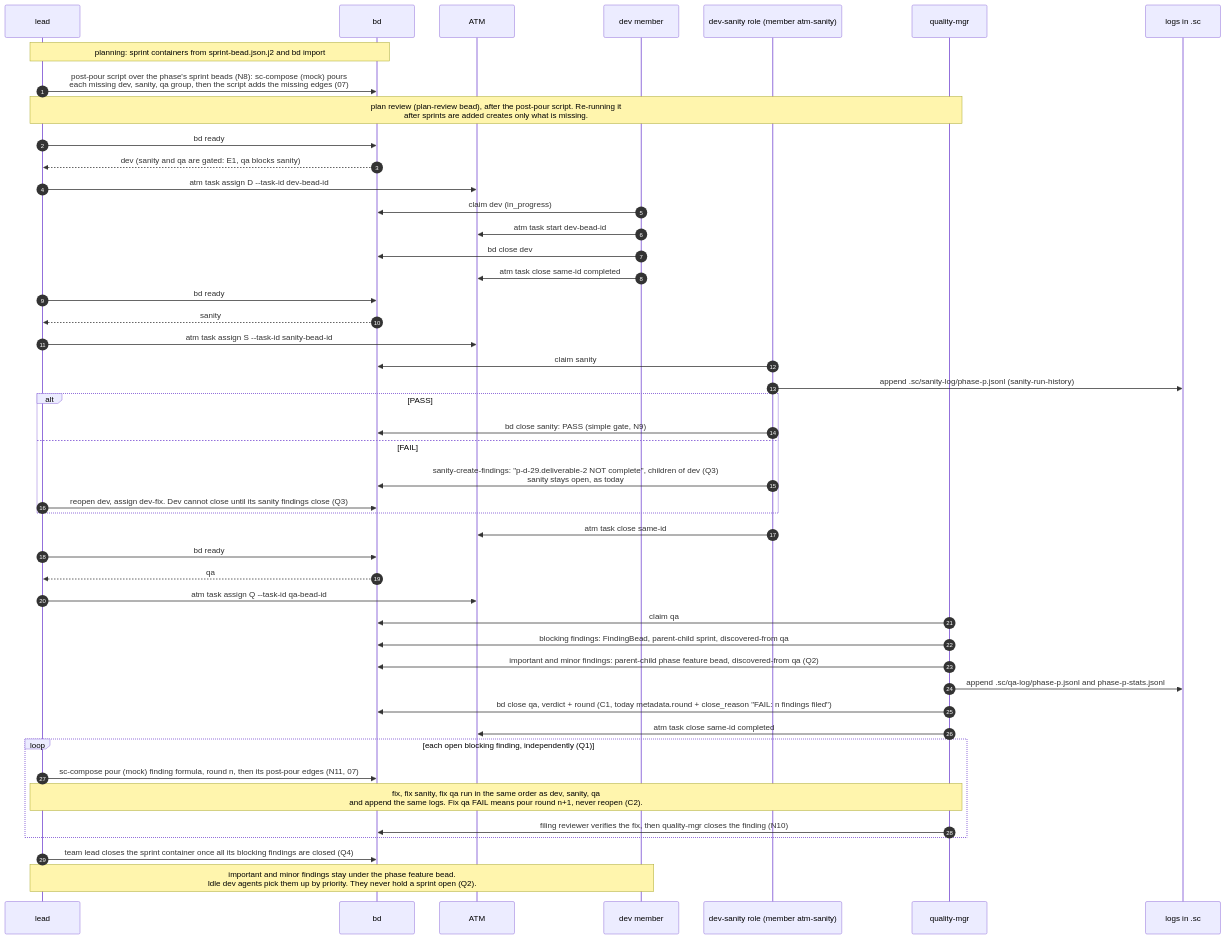
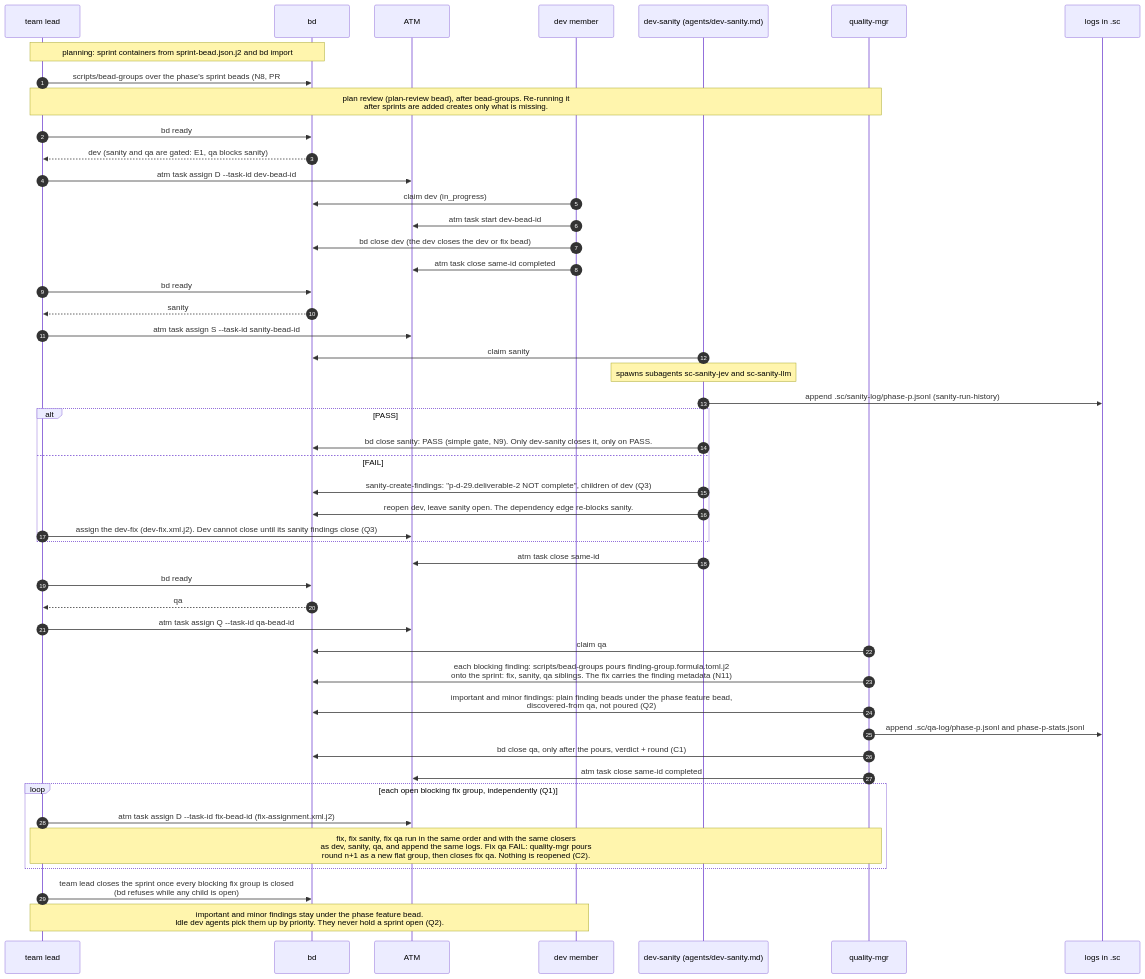
One commit to randlee/atm-bd-orchestration changed the first of 4 diagrams in docs/diagrams/05-lifecycle.md. Above: the diagram before and after it, drawn with Mermaid. The commit also changed other lines of this file and 6 other files, not shown here.

First line of the commit message:
docs: apply Rand's 2026-10-03 flat fix model to the bead diagrams

````diff
--- a/docs/diagrams/05-lifecycle.md
+++ b/docs/diagrams/05-lifecycle.md
@@ -5,50 +5,51 @@
 ```mermaid
 sequenceDiagram
   autonumber
-  participant L as lead
+  participant L as team lead
   participant B as bd
   participant A as ATM
   participant D as dev member
-  participant S as dev-sanity role (member atm-sanity)
+  participant S as dev-sanity (agents/dev-sanity.md)
   participant Q as quality-mgr
   participant G as logs in .sc
 
   Note over L,B: planning: sprint containers from sprint-bead.json.j2 and bd import
-  L->>B: post-pour script over the phase's sprint beads (N8): sc-compose (mock) pours<br/>each missing dev, sanity, qa group, then the script adds the missing edges (07)
-  Note over L,Q: plan review (plan-review bead), after the post-pour script. Re-running it<br/>after sprints are added creates only what is missing.
+  L->>B: scripts/bead-groups over the phase's sprint beads (N8, PR #19): sc-compose (mock)<br/>pours each missing dev, sanity, qa group, then the missing edges are added (07)
+  Note over L,Q: plan review (plan-review bead), after bead-groups. Re-running it<br/>after sprints are added creates only what is missing.
   L->>B: bd ready
   B-->>L: dev (sanity and qa are gated: E1, qa blocks sanity)
   L->>A: atm task assign D --task-id dev-bead-id
   D->>B: claim dev (in_progress)
   D->>A: atm task start dev-bead-id
-  D->>B: bd close dev
+  D->>B: bd close dev (the dev closes the dev or fix bead)
   D->>A: atm task close same-id completed
   L->>B: bd ready
   B-->>L: sanity
   L->>A: atm task assign S --task-id sanity-bead-id
   S->>B: claim sanity
+  Note over S: spawns subagents sc-sanity-jev and sc-sanity-llm
   S->>G: append .sc/sanity-log/phase-p.jsonl (sanity-run-history)
   alt PASS
-    S->>B: bd close sanity: PASS (simple gate, N9)
+    S->>B: bd close sanity: PASS (simple gate, N9). Only dev-sanity closes it, only on PASS.
   else FAIL
-    S->>B: sanity-create-findings: "p-d-29.deliverable-2 NOT complete", children of dev (Q3)<br/>sanity stays open, as today
-    L->>B: reopen dev, assign dev-fix. Dev cannot close until its sanity findings close (Q3)
+    S->>B: sanity-create-findings: "p-d-29.deliverable-2 NOT complete", children of dev (Q3)
+    S->>B: reopen dev, leave sanity open. The dependency edge re-blocks sanity.
+    L->>A: assign the dev-fix (dev-fix.xml.j2). Dev cannot close until its sanity findings close (Q3)
   end
   S->>A: atm task close same-id
   L->>B: bd ready
   B-->>L: qa
   L->>A: atm task assign Q --task-id qa-bead-id
   Q->>B: claim qa
-  Q->>B: blocking findings: FindingBead, parent-child sprint, discovered-from qa
-  Q->>B: important and minor findings: parent-child phase feature bead, discovered-from qa (Q2)
+  Q->>B: each blocking finding: scripts/bead-groups pours finding-group.formula.toml.j2<br/>onto the sprint: fix, sanity, qa siblings. The fix carries the finding metadata (N11)
+  Q->>B: important and minor findings: plain finding beads under the phase feature bead,<br/>discovered-from qa, not poured (Q2)
   Q->>G: append .sc/qa-log/phase-p.jsonl and phase-p-stats.jsonl
-  Q->>B: bd close qa, verdict + round (C1, today metadata.round + close_reason "FAIL: n findings filed")
+  Q->>B: bd close qa, only after the pours, verdict + round (C1)
   Q->>A: atm task close same-id completed
-  loop each open blocking finding, independently (Q1)
-    L->>B: sc-compose pour (mock) finding formula, round n, then its post-pour edges (N11, 07)
-    Note over L,Q: fix, fix sanity, fix qa run in the same order as dev, sanity, qa<br/>and append the same logs. Fix qa FAIL means pour round n+1, never reopen (C2).
-    Q->>B: filing reviewer verifies the fix, then quality-mgr closes the finding (N10)
+  loop each open blocking fix group, independently (Q1)
+    L->>A: atm task assign D --task-id fix-bead-id (fix-assignment.xml.j2)
+    Note over L,Q: fix, fix sanity, fix qa run in the same order and with the same closers<br/>as dev, sanity, qa, and append the same logs. Fix qa FAIL: quality-mgr pours<br/>round n+1 as a new flat group, then closes fix qa. Nothing is reopened (C2).
   end
-  L->>B: team lead closes the sprint container once all its blocking findings are closed (Q4)
+  L->>B: team lead closes the sprint once every blocking fix group is closed<br/>(bd refuses while any child is open)
   Note over L,D: important and minor findings stay under the phase feature bead.<br/>Idle dev agents pick them up by priority. They never hold a sprint open (Q2).
 ```
````
